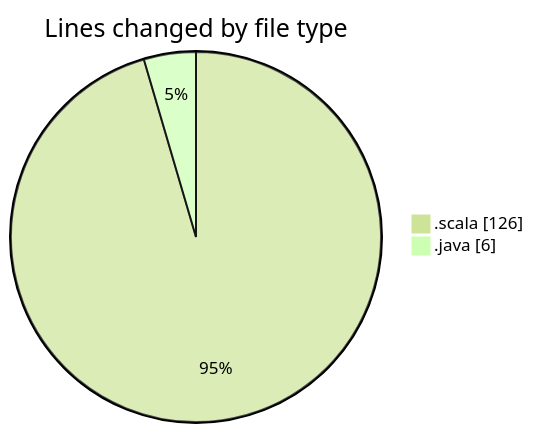
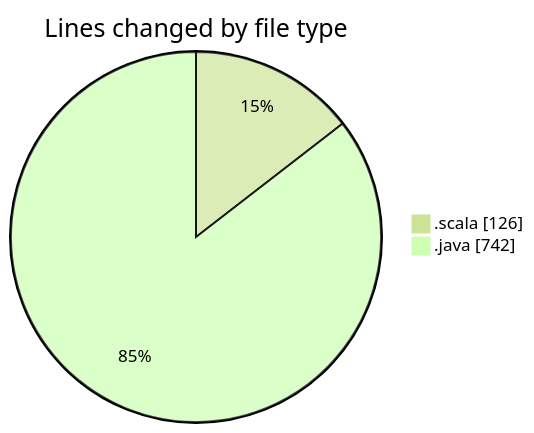
Before and after one commit to charlie-sans/code-tracking: the first of 2 diagrams in 2025-03-10/jmasm/README.md, drawn with Mermaid (forest theme). The commit also changed other lines of this file and 1 other file, not shown here.

````diff
--- a/2025-03-10/jmasm/README.md
+++ b/2025-03-10/jmasm/README.md
@@ -21,6 +23,6 @@
 ```mermaid
 pie showData
 title Lines changed by file type
 ".scala" : 126
-".java" : 6
+".java" : 742
 ```
````
